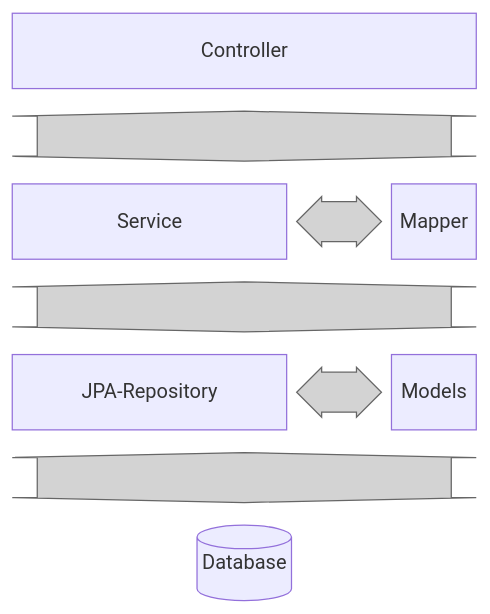
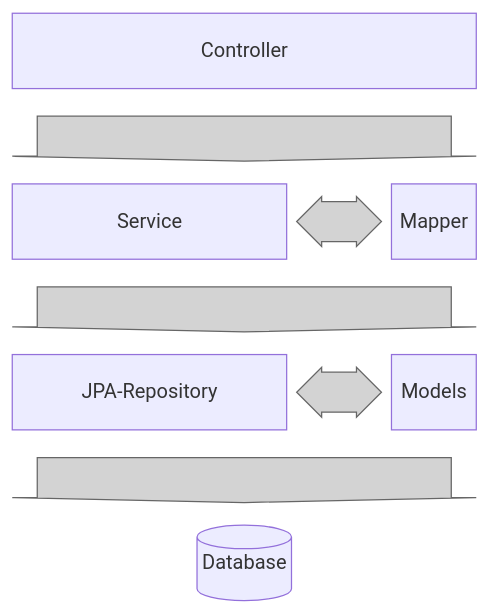
One commit to Jenga-PMS/Jenga-PMS.github.io changed the diagram in docs/architecture/backend/architecture.md. Above: the diagram before and after it, drawn with Mermaid. The commit also changed other lines of this file and 1 other file, not shown here.

````diff
--- a/docs/architecture/backend/architecture.md
+++ b/docs/architecture/backend/architecture.md
@@ -6,17 +6,17 @@
 ``` mermaid
 block-beta
   columns 5
   A["Controller"]:5
-  Arrow1<["&nbsp;&nbsp;&nbsp;"]>(y):5
+  Arrow1<["&nbsp;&nbsp;&nbsp;"]>(down):5
   B["Service"]:3 Arrow4<["&nbsp;&nbsp;&nbsp;&nbsp;&nbsp;"]>(x):1  M["Mapper"]:1
-  Arrow2<["&nbsp;&nbsp;&nbsp;"]>(y):5
+  Arrow2<["&nbsp;&nbsp;&nbsp;"]>(down):5
   C["JPA-Repository"]:3  Arrow5<["&nbsp;&nbsp;&nbsp;&nbsp;&nbsp;"]>(x):1 E["Models"]:1
-  Arrow3<["&nbsp;&nbsp;&nbsp;"]>(y):5
+  Arrow3<["&nbsp;&nbsp;&nbsp;"]>(down):5
   D[("Database")]:5
 
   style Arrow1 fill:#D3D3D3,stroke:#666666
   style Arrow2 fill:#D3D3D3,stroke:#666666
   style Arrow3 fill:#D3D3D3,stroke:#666666
   style Arrow4 fill:#D3D3D3,stroke:#666666
   style Arrow5 fill:#D3D3D3,stroke:#666666
 ```
````
